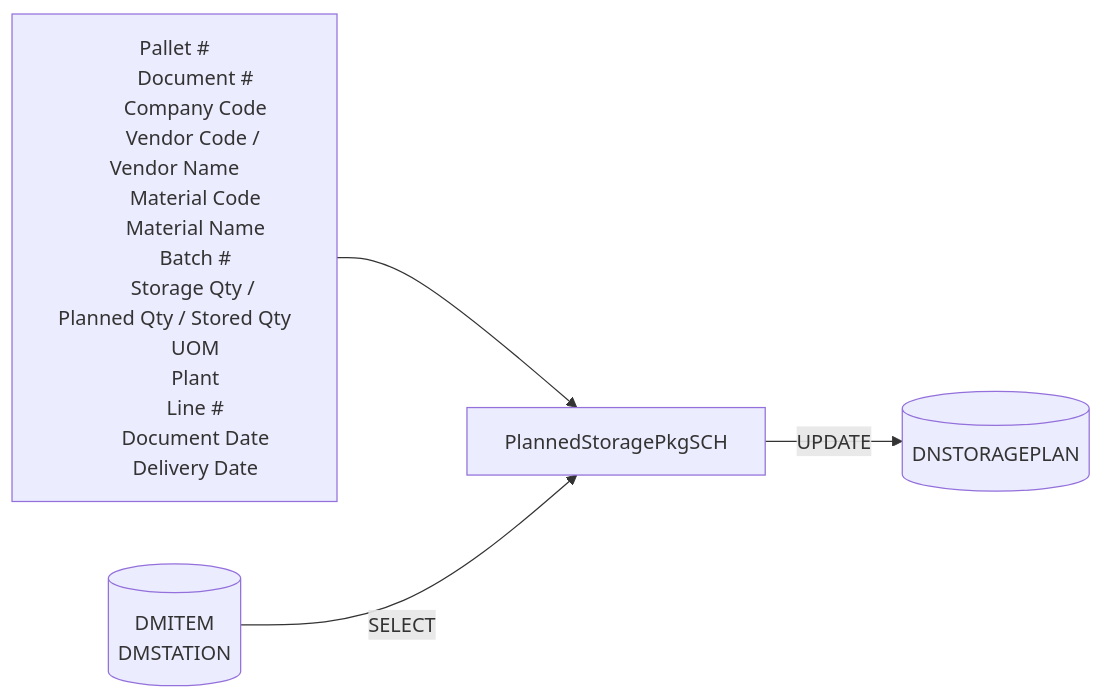
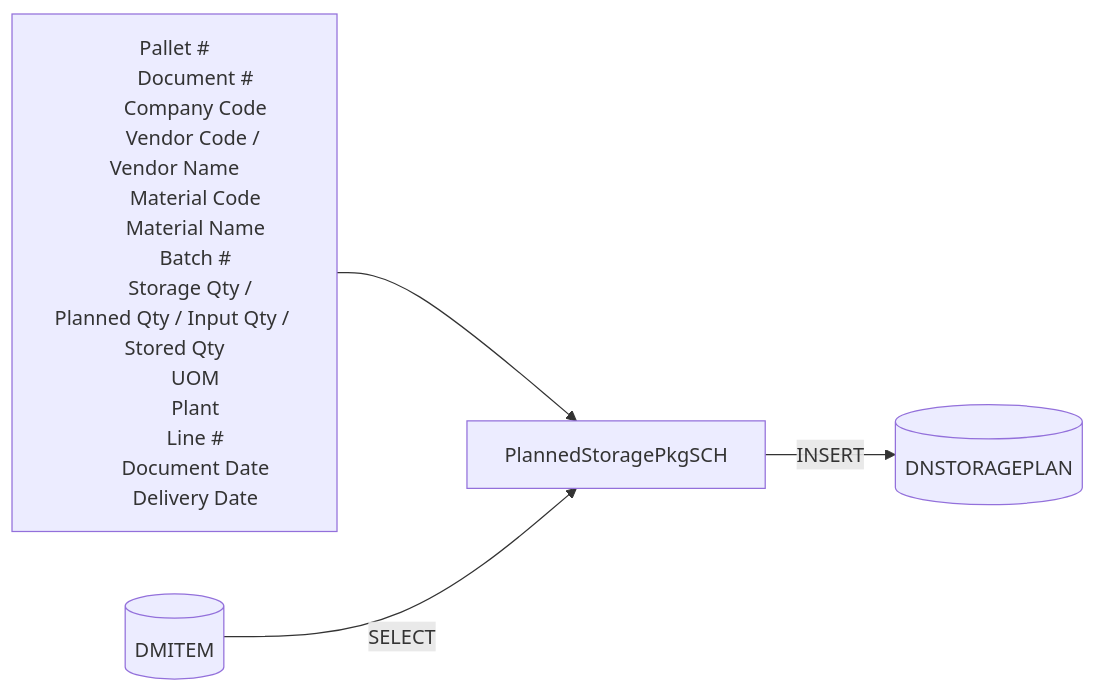
One commit to luthfiadityaa/SimeDarby-Wiki changed the first of 2 diagrams in Basic-Design/DFD-WMS/Storage/Planned-Storage-Packaging-Material.md. Above: the diagram before and after it, drawn with Mermaid. The commit also changed other lines of this file and 9 other files, not shown here.

Commit message:
Changes flow

```diff
--- a/Basic-Design/DFD-WMS/Storage/Planned-Storage-Packaging-Material.md
+++ b/Basic-Design/DFD-WMS/Storage/Planned-Storage-Packaging-Material.md
@@ -118,33 +46,32 @@
 ::: mermaid
 flowchart LR
     input[
         Pallet #
         Document #
         Company Code
         Vendor Code / Vendor Name
         Material Code
         Material Name
         Batch #
-        Storage Qty / Planned Qty / Stored Qty
+        Storage Qty /  Planned Qty / Input Qty / Stored Qty
         UOM
         Plant
         Line #
         Document Date
         Delivery Date
     ]
 
     tableList-select[("
         DMITEM
-        DMSTATION
     ")]
 
-    tableList-update[("
+    tableList-insert[("
         DNSTORAGEPLAN
     ")]
 
     className[PlannedStoragePkgSCH]
 
-    input --> className--> |UPDATE| tableList-update
+    input --> className--> |INSERT| tableList-insert
     tableList-select--> |SELECT| className 
 
 :::
```
